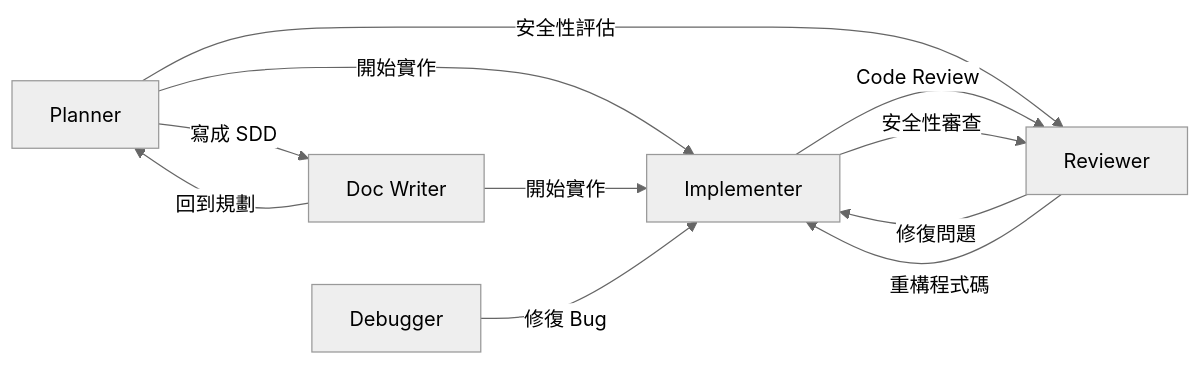
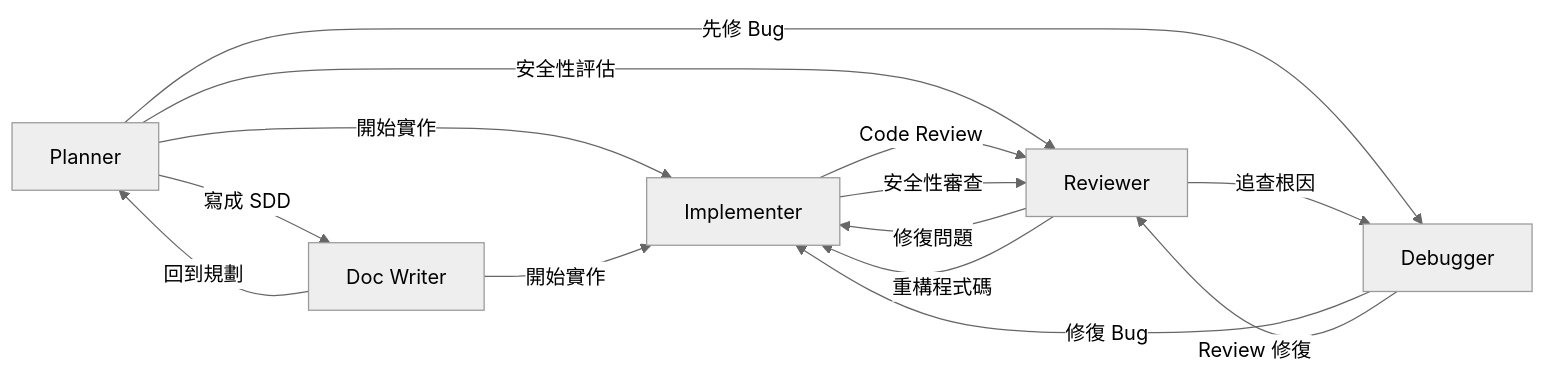
The diagram in README.zh-TW.md (zexion7873/copilot-setting), drawn with Mermaid (neutral theme) before and after one commit. The commit also changed 6 other files, not shown here.

````diff
--- a/README.zh-TW.md
+++ b/README.zh-TW.md
@@ -126,17 +126,20 @@
 ```mermaid
 flowchart LR
     Planner -->|"寫成 SDD"| DocWriter[Doc Writer]
     Planner -->|"開始實作"| Implementer
     Planner -->|"安全性評估"| Reviewer
+    Planner -->|"先修 Bug"| Debugger
 
     DocWriter -->|"開始實作"| Implementer
     DocWriter -->|"回到規劃"| Planner
 
     Implementer -->|"Code Review"| Reviewer
     Implementer -->|"安全性審查"| Reviewer
 
     Reviewer -->|"修復問題"| Implementer
     Reviewer -->|"重構程式碼"| Implementer
+    Reviewer -->|"追查根因"| Debugger
 
     Debugger -->|"修復 Bug"| Implementer
+    Debugger -->|"Review 修復"| Reviewer
 ```
````
